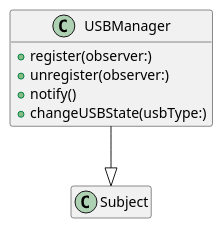
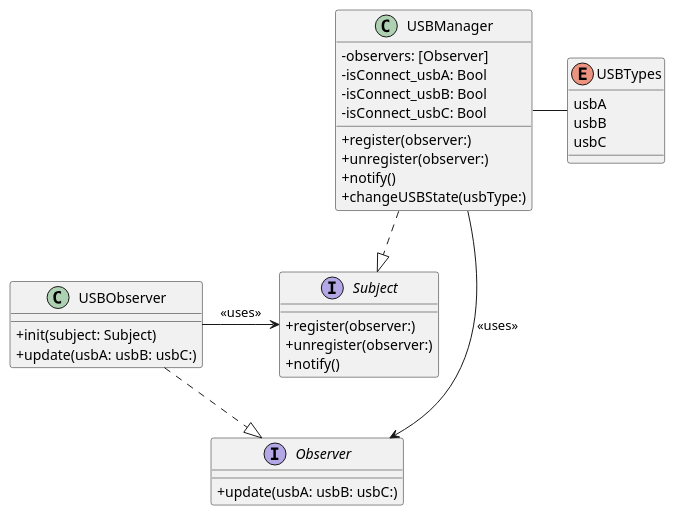
The diagram in UML_Class_diagram/observer/observer.puml (burakCokyildirim/yazilimTasarimKaliplari_01), drawn with PlantUML before and after one commit. The commit also changed other lines of this file and 1 other file, not shown here.

Commit message:
observer uml class diagram ı güncellendi.

```diff
--- a/UML_Class_diagram/observer/observer.puml
+++ b/UML_Class_diagram/observer/observer.puml
@@ -34,16 +2,44 @@
 @startuml
-' STYLE START
-hide empty members
-skinparam shadowing false
-' STYLE END
-class "USBManager" as USBManager {
+
+skinparam classAttributeIconSize 0
+
+interface "Observer" {
+  +update(usbA: usbB: usbC:)
+}
+
+interface "Subject" {
+  +register(observer:)
+  +unregister(observer:)
+  +notify()
+}
+
+Class "USBManager" {
+  -observers: [Observer]
+  -isConnect_usbA: Bool
+  -isConnect_usbB: Bool
+  -isConnect_usbC: Bool
   +register(observer:)
   +unregister(observer:)
   +notify()
   +changeUSBState(usbType:)
-
 }
 
-USBManager --|> Subject 
+Class "USBObserver" {
+  +init(subject: Subject)
+  +update(usbA: usbB: usbC:)
+}
+
+enum "USBTypes" {
+  usbA
+  usbB
+  usbC
+}
+
+USBManager ..|> Subject 
+USBObserver -> Subject : <<uses>>
+USBObserver ..|> Observer 
+USBManager -> Observer : <<uses>>
+
+USBManager - USBTypes
 
 @enduml
```
